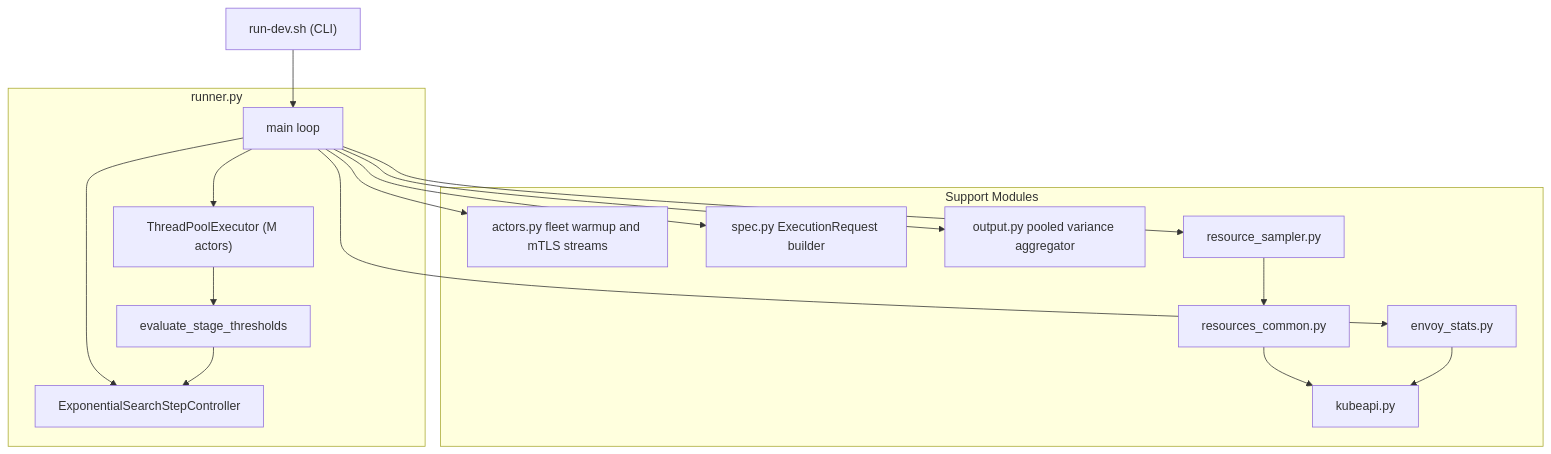
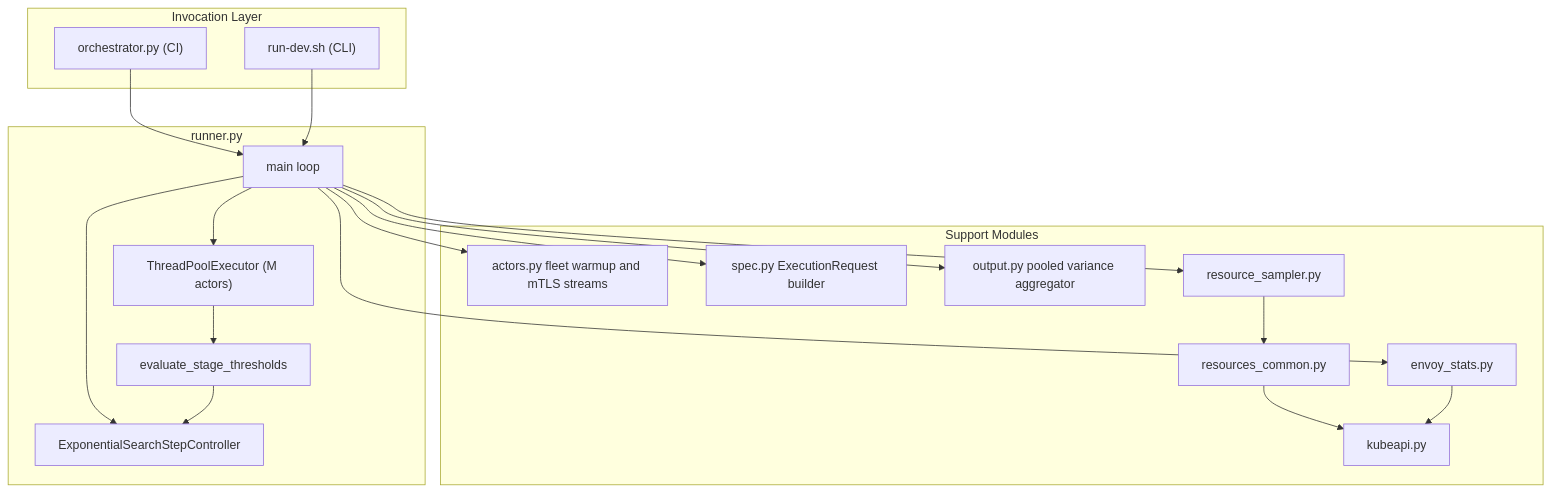
Before and after one commit to ygao-g/substrate: the second of 3 diagrams in benchmarking/nighthawk-egress/README.md, drawn with Mermaid. The commit also changed other lines of this file and 4 other files, not shown here.

````diff
--- a/benchmarking/nighthawk-egress/README.md
+++ b/benchmarking/nighthawk-egress/README.md
@@ -92,34 +92,38 @@
 ```mermaid
 flowchart TD
-    cli["run-dev.sh (CLI)"]
+    subgraph entry["Invocation Layer"]
+        ci["orchestrator.py (CI)"]
+        cli["run-dev.sh (CLI)"]
+    end
 
     subgraph runner_mod["runner.py"]
         main["main loop"]
         controller["ExponentialSearchStepController"]
         worker_pool["ThreadPoolExecutor (M actors)"]
         eval["evaluate_stage_thresholds"]
     end
 
     subgraph helpers["Support Modules"]
         actors["actors.py fleet warmup and mTLS streams"]
         spec["spec.py ExecutionRequest builder"]
         output["output.py pooled variance aggregator"]
         sampler["resource_sampler.py"]
         estats["envoy_stats.py"]
         rc["resources_common.py"]
         kube["kubeapi.py"]
     end
 
+    ci --> main
     cli --> main
     main --> controller
     main --> actors
     main --> spec
     main --> worker_pool
     worker_pool --> eval
     eval --> controller
     main --> output
     main --> sampler
     main --> estats
     sampler --> rc --> kube
     estats --> kube
 ```
````
